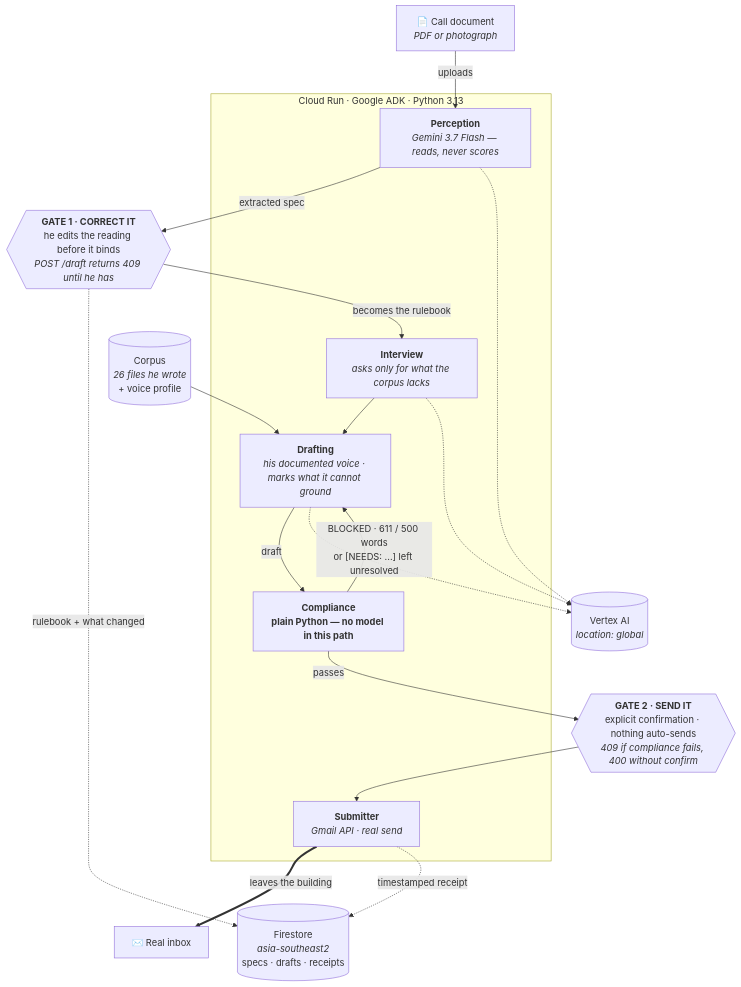
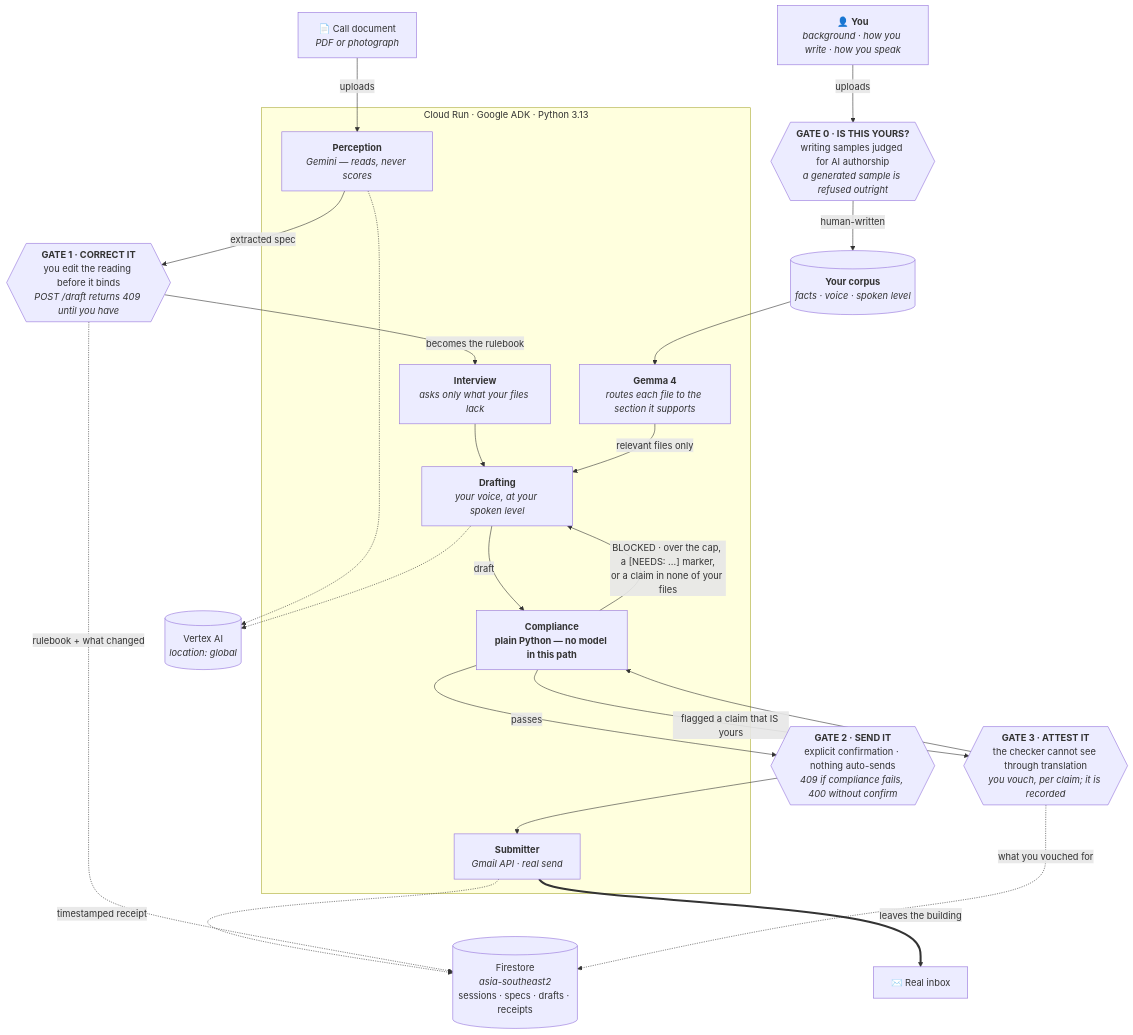
One commit to codeby-dani/berkas changed the diagram in README.md. Above: the diagram before and after it, drawn with Mermaid. The commit also changed other lines of this file and 3 other files, not shown here.

````diff
--- a/README.md
+++ b/README.md
@@ -29,32 +30,42 @@
 ```mermaid
 flowchart TD
+    U["👤 <b>You</b><br/><i>background · how you write · how you speak</i>"] -->|uploads| G0
+    G0{{"<b>GATE 0 · IS THIS YOURS?</b><br/>writing samples judged for AI authorship<br/><i>a generated sample is refused outright</i>"}}
+    G0 -->|"human-written"| EV
+    EV[("<b>Your corpus</b><br/><i>facts · voice · spoken level</i>")]
+
     A["📄 Call document<br/><i>PDF or photograph</i>"] -->|uploads| P
 
     subgraph CR["Cloud Run · Google ADK · Python 3.13"]
-        P["<b>Perception</b><br/><i>Gemini 3.7 Flash — reads, never scores</i>"]
-        I["<b>Interview</b><br/><i>asks only for what the corpus lacks</i>"]
-        D["<b>Drafting</b><br/><i>his documented voice · marks what it cannot ground</i>"]
+        P["<b>Perception</b><br/><i>Gemini — reads, never scores</i>"]
+        I["<b>Interview</b><br/><i>asks only what your files lack</i>"]
+        GM["<b>Gemma 4</b><br/><i>routes each file to the section it supports</i>"]
+        D["<b>Drafting</b><br/><i>your voice, at your spoken level</i>"]
         C["<b>Compliance</b><br/><b>plain Python — no model in this path</b>"]
         S["<b>Submitter</b><br/><i>Gmail API · real send</i>"]
     end
 
     P -->|extracted spec| G1
-    G1{{"<b>GATE 1 · CORRECT IT</b><br/>he edits the reading before it binds<br/><i>POST /draft returns 409 until he has</i>"}}
+    G1{{"<b>GATE 1 · CORRECT IT</b><br/>you edit the reading before it binds<br/><i>POST /draft returns 409 until you have</i>"}}
     G1 -->|becomes the rulebook| I
     I --> D
-    EV[("Corpus<br/><i>26 files he wrote</i><br/>+ voice profile")] --> D
+    EV --> GM
+    GM -->|"relevant files only"| D
     D -->|draft| C
-    C -->|"BLOCKED · 611 / 500 words<br/>or [NEEDS: ...] left unresolved"| D
+    C -->|"BLOCKED · over the cap, a [NEEDS: ...] marker,<br/>or a claim in none of your files"| D
+    C -->|"flagged a claim that IS yours"| G3
+    G3{{"<b>GATE 3 · ATTEST IT</b><br/>the checker cannot see through translation<br/><i>you vouch, per claim; it is recorded</i>"}}
+    G3 --> C
     C -->|passes| G2
     G2{{"<b>GATE 2 · SEND IT</b><br/>explicit confirmation · nothing auto-sends<br/><i>409 if compliance fails, 400 without confirm</i>"}}
     G2 --> S
     S ==>|leaves the building| OUT["✉️ Real inbox"]
 
     S -.->|timestamped receipt| FS
     G1 -.->|rulebook + what changed| FS
-    FS[("Firestore<br/><i>asia-southeast2</i><br/>specs · drafts · receipts")]
+    G3 -.->|what you vouched for| FS
+    FS[("Firestore<br/><i>asia-southeast2</i><br/>sessions · specs · drafts · receipts")]
     VX[("Vertex AI<br/><i>location: global</i>")]
     P -.-> VX
-    I -.-> VX
     D -.-> VX
 ```
````
